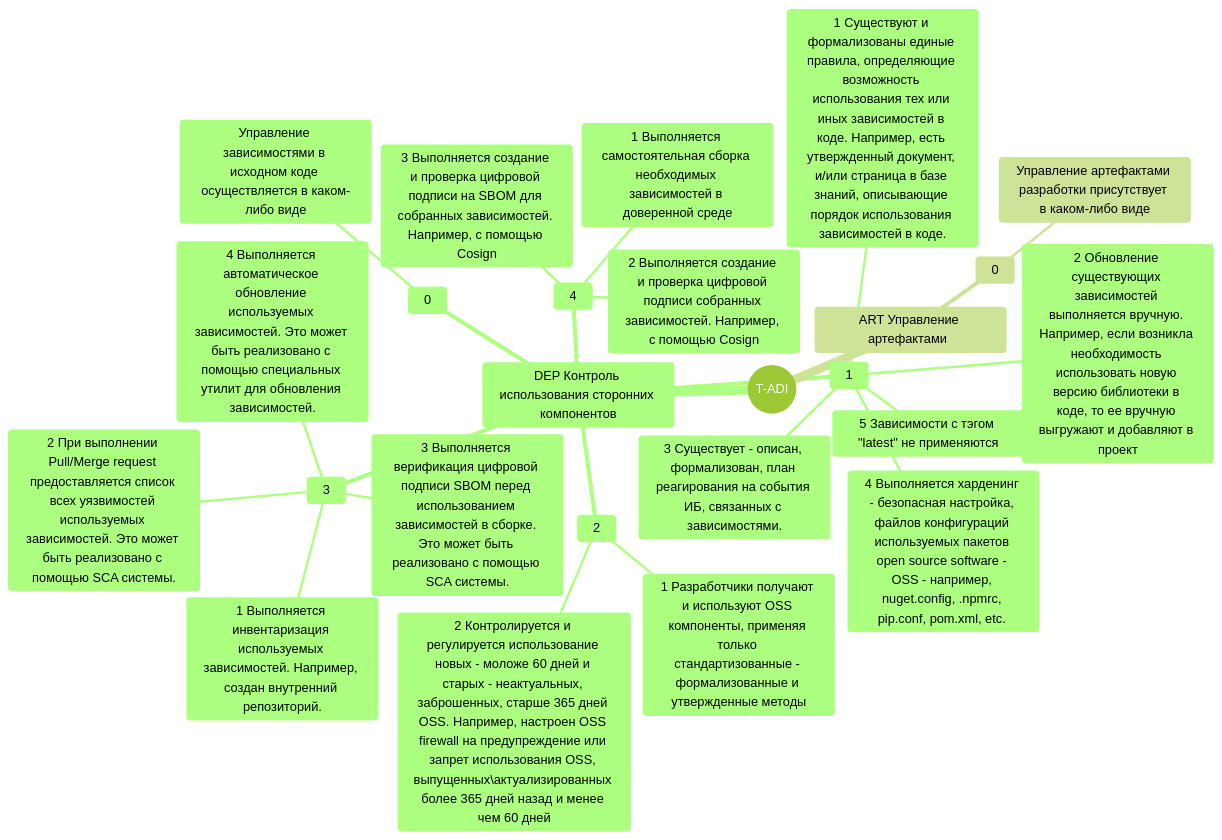
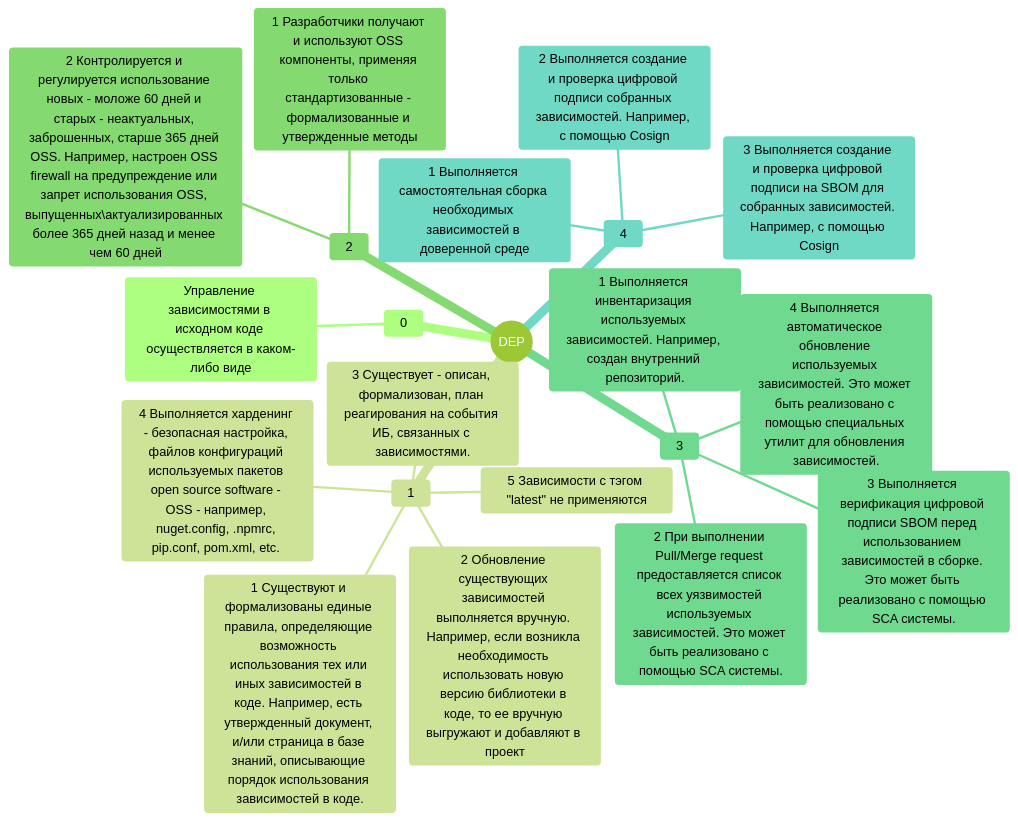
Before and after one commit to k0yt/mindmap-DAF: the first of 3 diagrams in README.md, drawn with Mermaid. The commit also changed other lines of this file, not shown here.

````diff
--- a/README.md
+++ b/README.md
@@ -3,29 +5,25 @@
 ```mermaid
 %%{init: {'theme':'forest'}}%%
 mindmap
-  root((T-ADI))
-    DEP Контроль использования сторонних компонентов
+  root((DEP))
       0
         Управление зависимостями в исходном коде осуществляется в каком-либо виде
       1
         1 Существуют и формализованы единые правила, определяющие возможность использования тех или иных зависимостей в коде. Например, есть утвержденный документ, и/или страница в базе знаний, описывающие порядок использования зависимостей в коде.
         2 Обновление существующих зависимостей выполняется вручную. Например, если возникла необходимость использовать новую версию библиотеки в коде, то ее вручную выгружают и добавляют в проект
         3 Существует - описан, формализован, план реагирования на события ИБ, связанных с зависимостями.
         4 Выполняется харденинг - безопасная настройка, файлов конфигураций используемых пакетов open source software - OSS - например, nuget.config, .npmrc, pip.conf, pom.xml, etc. 
         5 Зависимости с тэгом "latest" не применяются
       2
         1 Разработчики получают и используют OSS компоненты, применяя только стандартизованные - формализованные и утвержденные методы
         2 Контролируется и регулируется использование новых - моложе 60 дней и старых - неактуальных, заброшенных, старше 365 дней OSS. Например, настроен OSS firewall на предупреждение или запрет использования OSS, выпущенных\актуализированных более 365 дней назад и менее чем 60 дней
       3
         1 Выполняется инвентаризация используемых зависимостей. Например, создан внутренний репозиторий.
         2 При выполнении Pull/Merge request предоставляется список всех уязвимостей используемых зависимостей. Это может быть реализовано с помощью SCA системы.
         3 Выполняется верификация цифровой подписи SBOM перед использованием зависимостей в сборке. Это может быть реализовано с помощью SCA системы.
         4 Выполняется автоматическое обновление используемых зависимостей. Это может быть реализовано с помощью специальных утилит для обновления зависимостей.
       4
         1 Выполняется самостоятельная сборка необходимых зависимостей в доверенной среде
         2 Выполняется создание и проверка цифровой подписи собранных зависимостей. Например, с помощью Cosign
         3 Выполняется создание и проверка цифровой подписи на SBOM для собранных зависимостей. Например, с помощью Cosign
-    ART Управление артефактами	
-      0
-        Управление артефактами разработки присутствует в каком-либо виде
 ```
````
